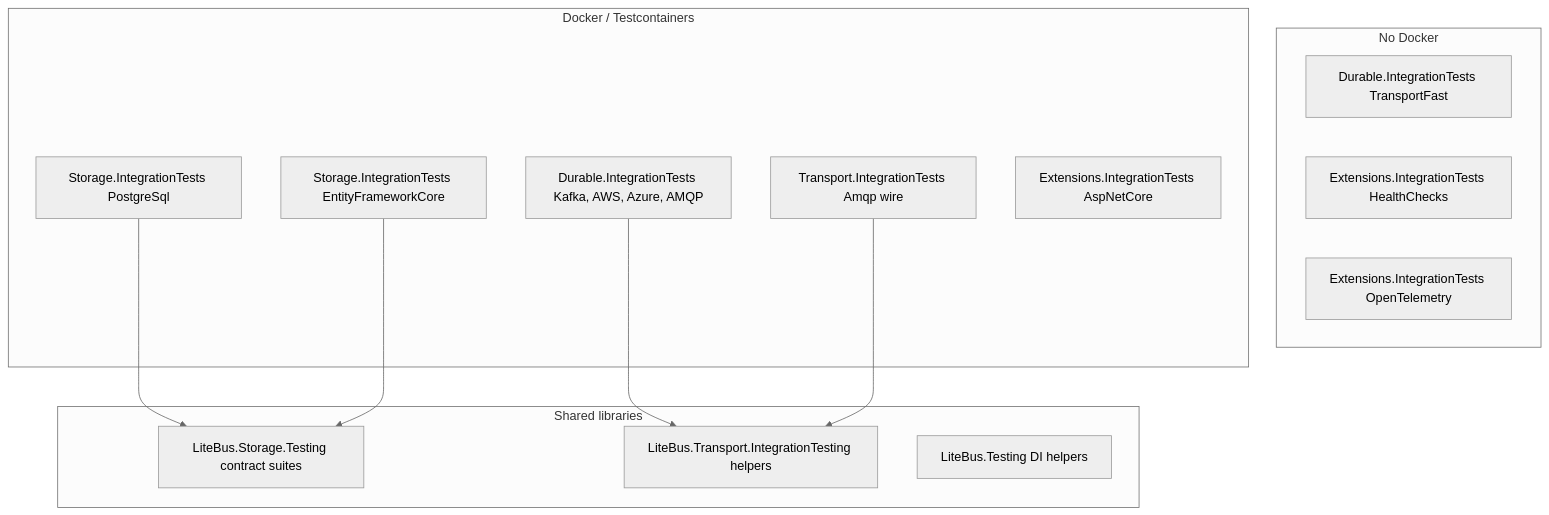
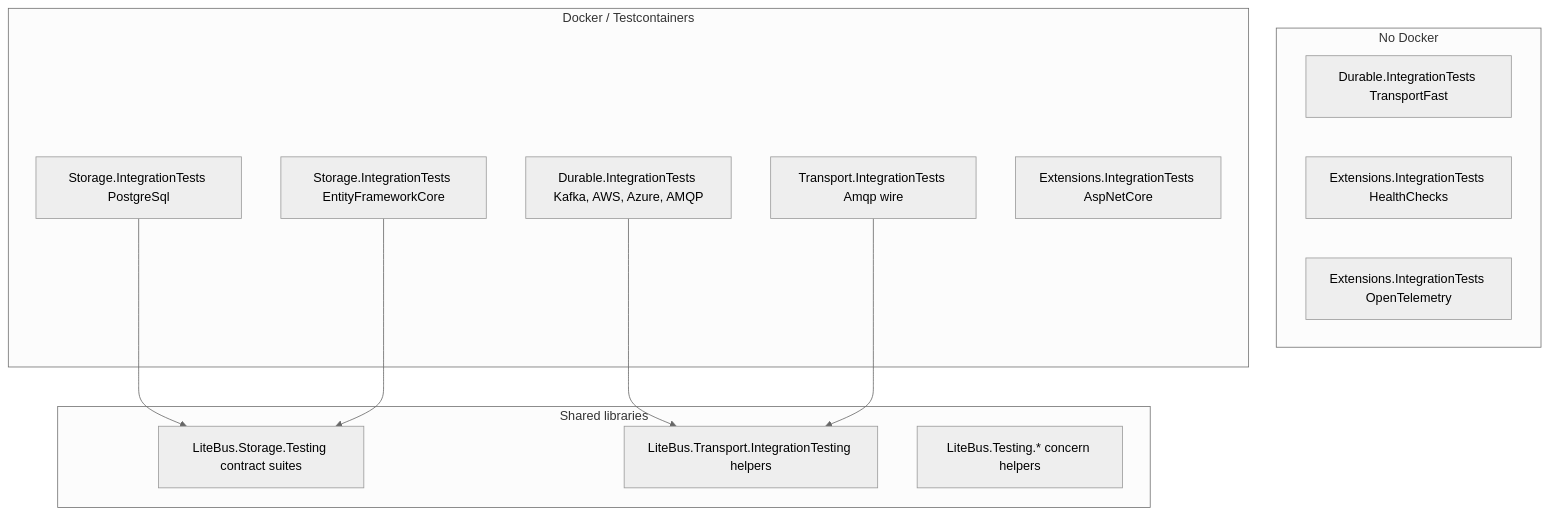
The diagram in docs/testing/integration-tests.md (litenova/LiteBus), drawn with Mermaid (neutral theme) before and after one commit. The commit also changed other lines of this file and 56 other files, not shown here.

Commit message:
Split testing support by concern

````diff
--- a/docs/testing/integration-tests.md
+++ b/docs/testing/integration-tests.md
@@ -14,27 +14,27 @@
 ```mermaid
 flowchart TB
   subgraph fast [No Docker]
     DTFast["Durable.IntegrationTests TransportFast"]
     HC["Extensions.IntegrationTests HealthChecks"]
     OT["Extensions.IntegrationTests OpenTelemetry"]
   end
 
   subgraph docker [Docker / Testcontainers]
     DTBrokers["Durable.IntegrationTests Kafka, AWS, Azure, AMQP"]
     PG["Storage.IntegrationTests PostgreSql"]
     EF["Storage.IntegrationTests EntityFrameworkCore"]
     AMQPWire["Transport.IntegrationTests Amqp wire"]
     ASP["Extensions.IntegrationTests AspNetCore"]
   end
 
   subgraph shared [Shared libraries]
     ST["LiteBus.Storage.Testing contract suites"]
     DTT["LiteBus.Transport.IntegrationTesting helpers"]
-    LT["LiteBus.Testing DI helpers"]
+    LT["LiteBus.Testing.* concern helpers"]
   end
 
   DTBrokers --> DTT
   PG --> ST
   EF --> ST
   AMQPWire --> DTT
 ```
````
